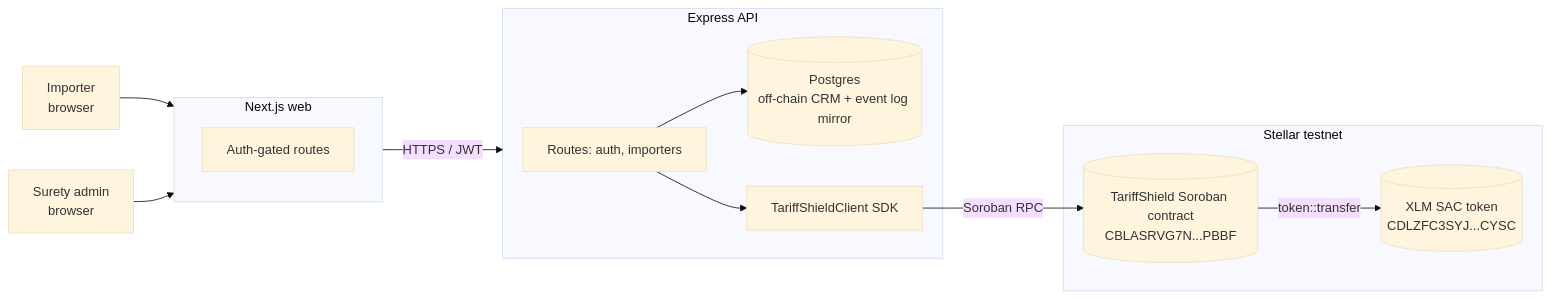
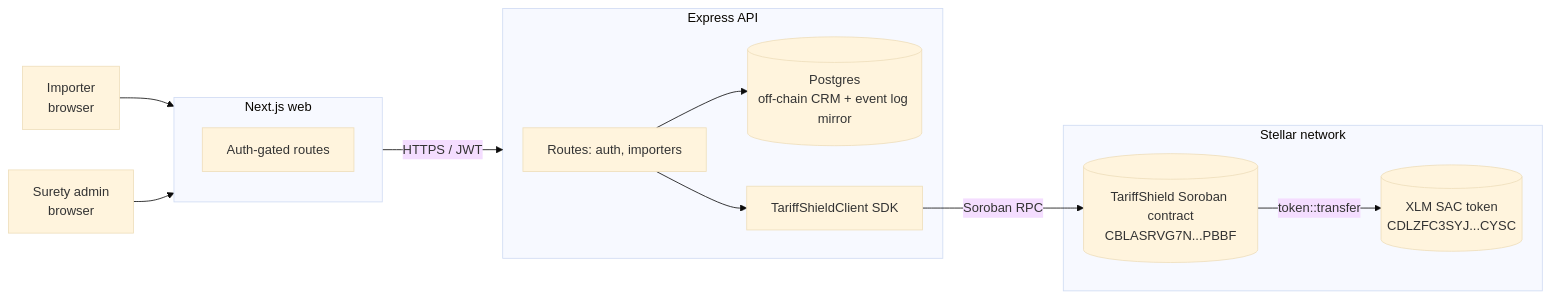
Before and after one commit to yours-anjikon/stellar_nexus: the first of 4 diagrams in ARCHITECTURE.md, drawn with Mermaid (base theme). The commit also changed other lines of this file and 2 other files, not shown here.

````diff
--- a/ARCHITECTURE.md
+++ b/ARCHITECTURE.md
@@ -9,28 +9,28 @@
 ```mermaid
 flowchart LR
     importer[Importer<br/>browser]
     surety[Surety admin<br/>browser]
 
     subgraph FE[Next.js web]
       nav[Auth-gated routes]
     end
 
     subgraph BE[Express API]
       api[Routes: auth, importers]
       pg[(Postgres<br/>off-chain CRM + event log mirror)]
       sdk[TariffShieldClient SDK]
     end
 
-    subgraph Chain[Stellar testnet]
+    subgraph Chain[Stellar network]
       contract[(TariffShield Soroban contract<br/>CBLASRVG7N...PBBF)]
       sac[(XLM SAC token<br/>CDLZFC3SYJ...CYSC)]
     end
 
     importer --> FE
     surety --> FE
     FE -- HTTPS / JWT --> BE
     api --> pg
     api --> sdk
     sdk -- Soroban RPC --> contract
     contract -- token::transfer --> sac
 ```
````
